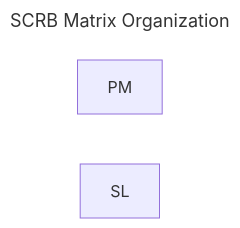
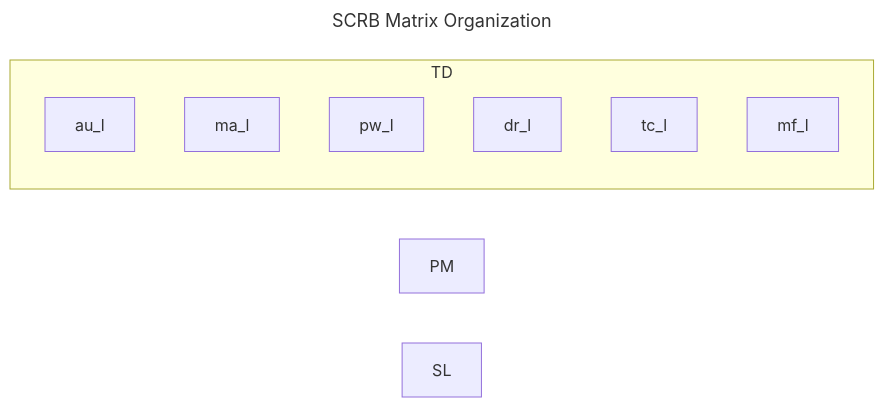
One commit to FooGiGo-Org/.github changed the diagram in README.md. Above: the diagram before and after it, drawn with Mermaid.

Commit message:
Add subgraph to flowchart in README

````diff
--- a/README.md
+++ b/README.md
@@ -1,8 +1,16 @@
 ```mermaid
 ---
 title: SCRB Matrix Organization
 ---
 flowchart LR
     PM
     SL
+    subgraph TD
+        au_l
+        ma_l
+        pw_l
+        dr_l
+        tc_l
+        mf_l
+    end
 ```
````
